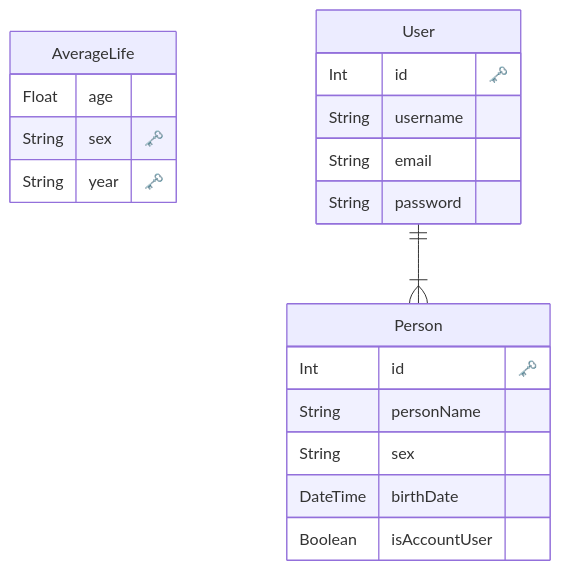
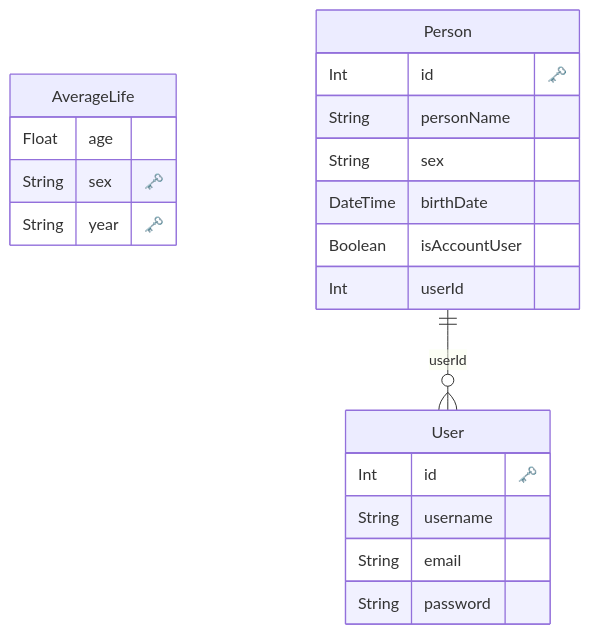
The diagram in README.md (YutoOtake0015/RemainChecker), drawn with Mermaid before and after one commit.

Commit message:
docs: ER図 PersonとUserの関連を修正

````diff
--- a/README.md
+++ b/README.md
@@ -73,28 +73,29 @@
 ```mermaid
 erDiagram
 
   "AverageLife" {
     Float age
     String sex "🗝️"
     String year "🗝️"
     }
 
 
   "User" {
     Int id "🗝️"
     String username
     String email
     String password
     }
 
 
   "Person" {
     Int id "🗝️"
     String personName
     String sex
     DateTime birthDate
     Boolean isAccountUser
+    Int userId
     }
 
-    "User" ||--}| "Person" : ""
+    Person ||--o{ User : "userId"
 ```
````
